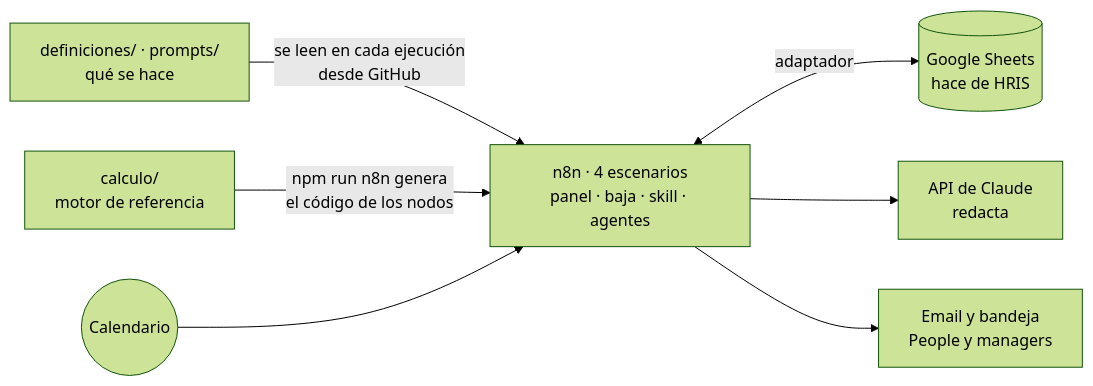
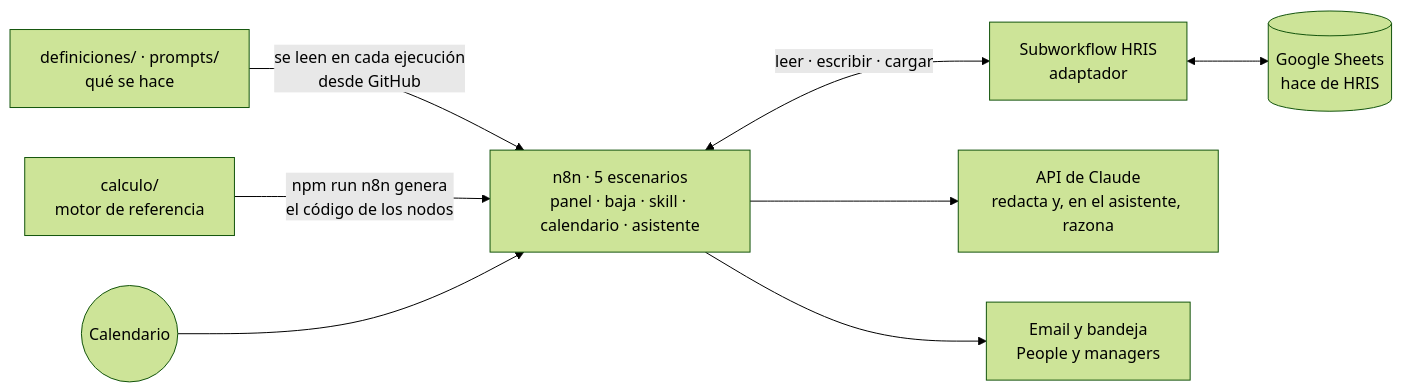
One commit to andfermen/People-OS-ACME changed the second of 2 diagrams in README.md. Above: the diagram before and after it, drawn with Mermaid (forest theme). The commit also changed other lines of this file and 54 other files, not shown here.

First line of the commit message:
Reglas en YAML, adaptador HRIS, un agente de verdad y repo neutro (D-23, D-24, D-25)

````diff
--- a/README.md
+++ b/README.md
@@ -188,9 +199,10 @@
 ```mermaid
 flowchart LR
   DEF["definiciones/ · prompts/<br/>qué se hace"] -->|se leen en cada ejecución<br/>desde GitHub| N8N
   CALC["calculo/<br/>motor de referencia"] -->|npm run n8n genera<br/>el código de los nodos| N8N
-  N8N["n8n · 4 escenarios<br/>panel · baja · skill · agentes"] <-->|adaptador| SHEET[("Google Sheets<br/>hace de HRIS")]
-  N8N --> CLAUDE["API de Claude<br/>redacta"]
+  N8N["n8n · 5 escenarios<br/>panel · baja · skill · calendario · asistente"] <-->|leer · escribir · cargar| HRIS["Subworkflow HRIS<br/>adaptador"]
+  HRIS <--> SHEET[("Google Sheets<br/>hace de HRIS")]
+  N8N --> CLAUDE["API de Claude<br/>redacta y, en el asistente, razona"]
   N8N --> EMAIL["Email y bandeja<br/>People y managers"]
   CAL((Calendario)) --> N8N
 ```
````
